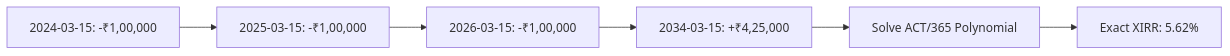
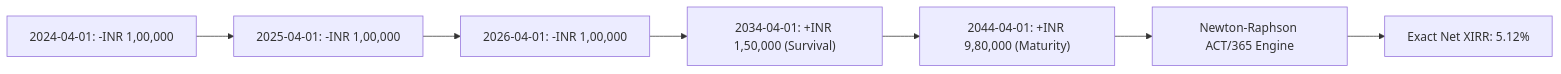
Before and after one commit to chirag127/cover-and-capital-india: the diagram in src/content/articles/how-to-calculate-irr-xirr-insurance.mdx, drawn with Mermaid. The commit also changed other lines of this file and 19 other files, not shown here.

Commit message:
feat: expand cornerstone guides with deep problem-solving analysis, Policybazaar plan breakdowns, and Mermaid renderer

````diff
--- a/src/content/articles/how-to-calculate-irr-xirr-insurance.mdx
+++ b/src/content/articles/how-to-calculate-irr-xirr-insurance.mdx
@@ -100,8 +101,9 @@
 ```mermaid
 flowchart LR
-    D0["2024-03-15: -₹1,00,000"] --> D1["2025-03-15: -₹1,00,000"]
-    D1 --> D2["2026-03-15: -₹1,00,000"]
-    D2 --> D3["2034-03-15: +₹4,25,000"]
-    D3 --> Solve["Solve ACT/365 Polynomial"]
-    Solve --> XIRR["Exact XIRR: 5.62%"]
+    D0["2024-04-01: -INR 1,00,000"] --> D1["2025-04-01: -INR 1,00,000"]
+    D1 --> D2["2026-04-01: -INR 1,00,000"]
+    D2 --> D10["2034-04-01: +INR 1,50,000 (Survival)"]
+    D10 --> D20["2044-04-01: +INR 9,80,000 (Maturity)"]
+    D20 --> Solver["Newton-Raphson ACT/365 Engine"]
+    Solver --> Out["Exact Net XIRR: 5.12%"]
 ```
````
